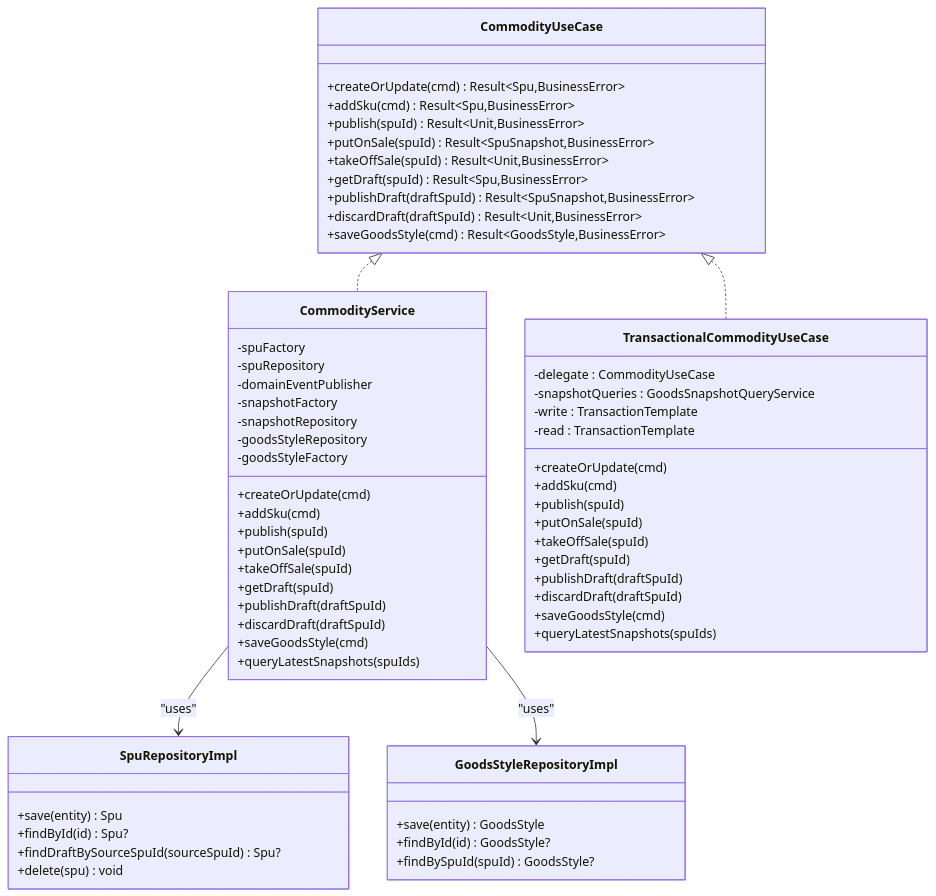
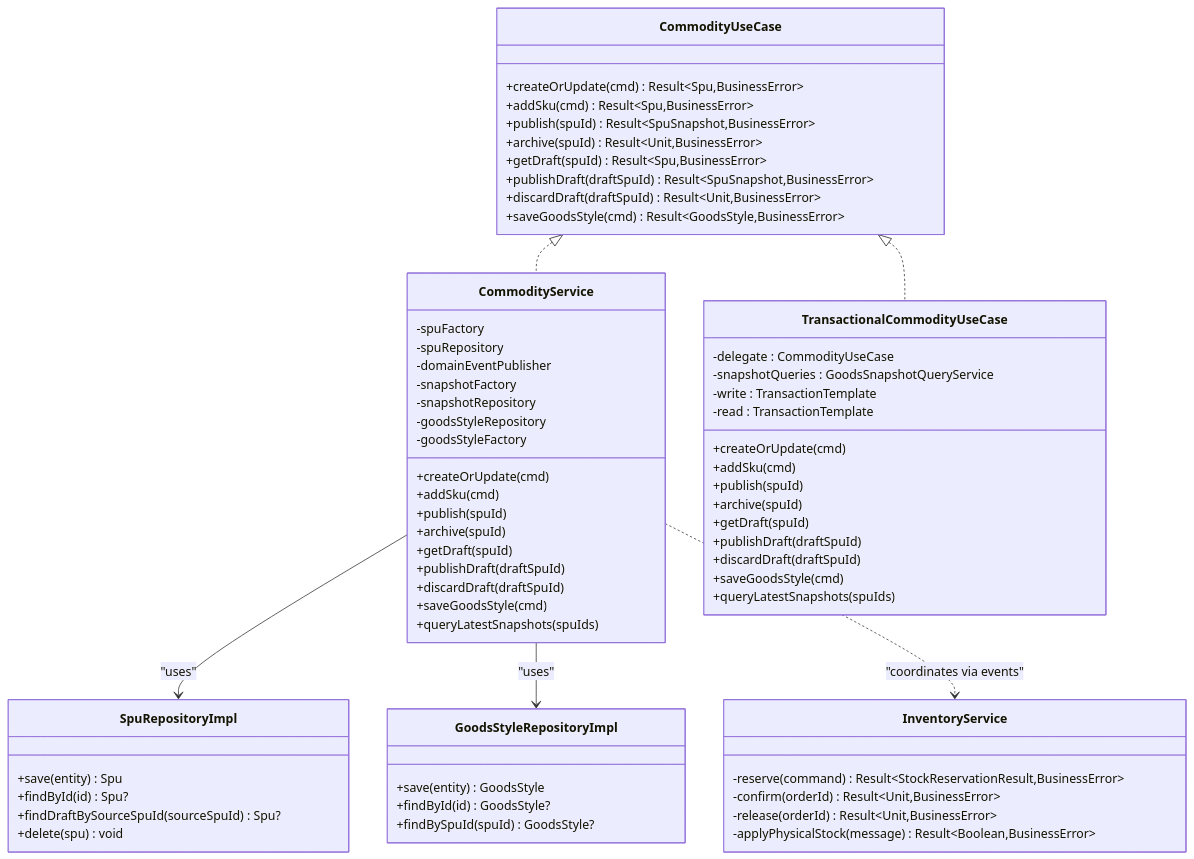
One commit to ddd-mall/j-store changed the second of 6 diagrams in .qoder/repowiki/en/content/Goods Catalog Module/Commodity Service Layer/Commodity Service Layer.md. Above: the diagram before and after it, drawn with Mermaid. The commit also changed other lines of this file and 334 other files, not shown here.

````diff
--- a/.qoder/repowiki/en/content/Goods Catalog Module/Commodity Service Layer/Commodity Service Layer.md
+++ b/.qoder/repowiki/en/content/Goods Catalog Module/Commodity Service Layer/Commodity Service Layer.md
@@ -93,64 +116,68 @@
 ```mermaid
 classDiagram
 class CommodityUseCase {
 +createOrUpdate(cmd) Result~Spu,BusinessError~
 +addSku(cmd) Result~Spu,BusinessError~
-+publish(spuId) Result~Unit,BusinessError~
-+putOnSale(spuId) Result~SpuSnapshot,BusinessError~
-+takeOffSale(spuId) Result~Unit,BusinessError~
++publish(spuId) Result~SpuSnapshot,BusinessError~
++archive(spuId) Result~Unit,BusinessError~
 +getDraft(spuId) Result~Spu,BusinessError~
 +publishDraft(draftSpuId) Result~SpuSnapshot,BusinessError~
 +discardDraft(draftSpuId) Result~Unit,BusinessError~
 +saveGoodsStyle(cmd) Result~GoodsStyle,BusinessError~
 }
 class CommodityService {
 -spuFactory
 -spuRepository
 -domainEventPublisher
 -snapshotFactory
 -snapshotRepository
 -goodsStyleRepository
 -goodsStyleFactory
 +createOrUpdate(cmd)
 +addSku(cmd)
 +publish(spuId)
-+putOnSale(spuId)
-+takeOffSale(spuId)
++archive(spuId)
 +getDraft(spuId)
 +publishDraft(draftSpuId)
 +discardDraft(draftSpuId)
 +saveGoodsStyle(cmd)
 +queryLatestSnapshots(spuIds)
 }
 class TransactionalCommodityUseCase {
 -delegate : CommodityUseCase
 -snapshotQueries : GoodsSnapshotQueryService
 -write : TransactionTemplate
 -read : TransactionTemplate
 +createOrUpdate(cmd)
 +addSku(cmd)
 +publish(spuId)
-+putOnSale(spuId)
-+takeOffSale(spuId)
++archive(spuId)
 +getDraft(spuId)
 +publishDraft(draftSpuId)
 +discardDraft(draftSpuId)
 +saveGoodsStyle(cmd)
 +queryLatestSnapshots(spuIds)
 }
 class SpuRepositoryImpl {
 +save(entity) Spu
 +findById(id) Spu?
 +findDraftBySourceSpuId(sourceSpuId) Spu?
 +delete(spu) void
 }
 class GoodsStyleRepositoryImpl {
 +save(entity) GoodsStyle
 +findById(id) GoodsStyle?
 +findBySpuId(spuId) GoodsStyle?
 }
+class InventoryService {
+-reserve(command) Result~StockReservationResult,BusinessError~
+-confirm(orderId) Result~Unit,BusinessError~
+-release(orderId) Result~Unit,BusinessError~
+-applyPhysicalStock(message) Result~Boolean,BusinessError~
+}
 CommodityUseCase <|.. CommodityService
 CommodityUseCase <|.. TransactionalCommodityUseCase
 CommodityService --> SpuRepositoryImpl : "uses"
 CommodityService --> GoodsStyleRepositoryImpl : "uses"
+CommodityService ..> InventoryService : "coordinates via events"
 ```
````
